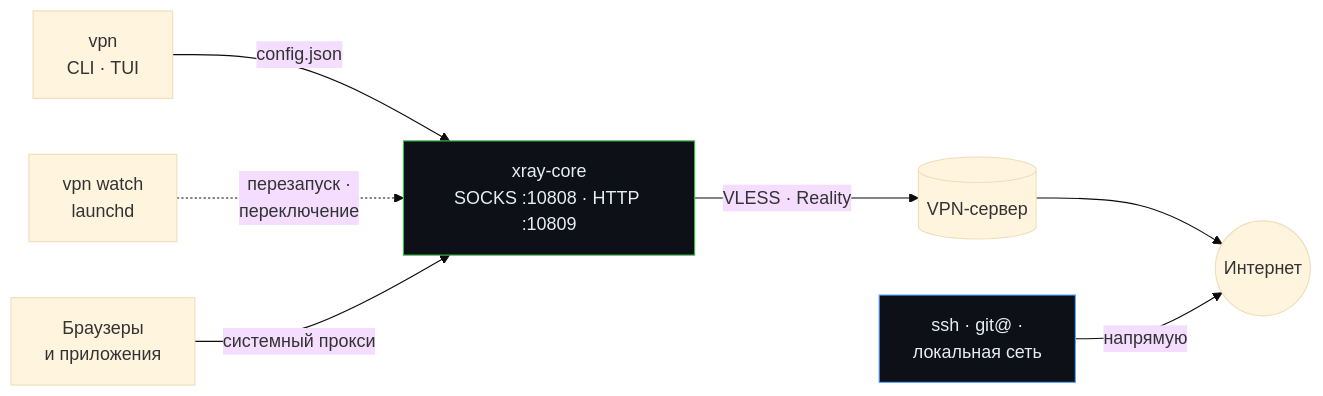
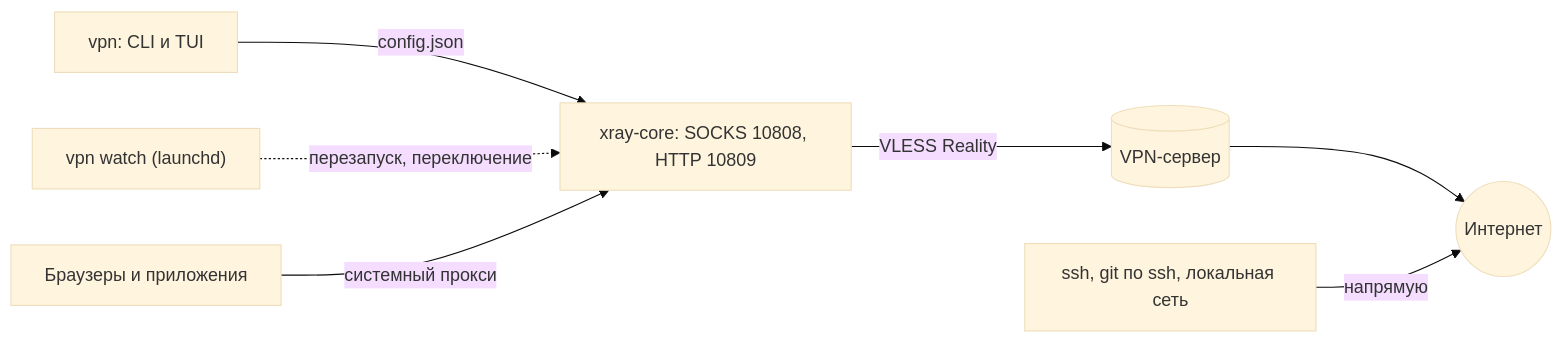
One commit to pnnnx/vpn changed the diagram in README.md. Above: the diagram before and after it, drawn with Mermaid (base theme). The commit also changed 1 other file, not shown here.

Commit message:
docs: схема Mermaid в совместимом с GitHub синтаксисе
Claude-Session: https://claude.ai/code/session_01XiVDQUEENVWp7Wa1XiEGzp

````diff
--- a/README.md
+++ b/README.md
@@ -196,12 +196,9 @@
 ```mermaid
 flowchart LR
-    U["vpn<br/>CLI · TUI"] -- "config.json" --> X["xray-core<br/>SOCKS :10808 · HTTP :10809"]
-    W["vpn watch<br/>launchd"] -. "перезапуск ·<br/>переключение" .-> X
-    A["Браузеры<br/>и приложения"] -- "системный прокси" --> X
-    X -- "VLESS · Reality" --> S[("VPN-сервер")]
+    U["vpn: CLI и TUI"] -->|config.json| X["xray-core: SOCKS 10808, HTTP 10809"]
+    W["vpn watch (launchd)"] -.->|перезапуск, переключение| X
+    A["Браузеры и приложения"] -->|системный прокси| X
+    X -->|VLESS Reality| S[("VPN-сервер")]
     S --> I(("Интернет"))
-    T["ssh · git@ ·<br/>локальная сеть"] -- "напрямую" --> I
-
-    style X fill:#0d1117,stroke:#3fb950,color:#e6edf3
-    style T fill:#0d1117,stroke:#58a6ff,color:#e6edf3
+    T["ssh, git по ssh, локальная сеть"] -->|напрямую| I
 ```
````
